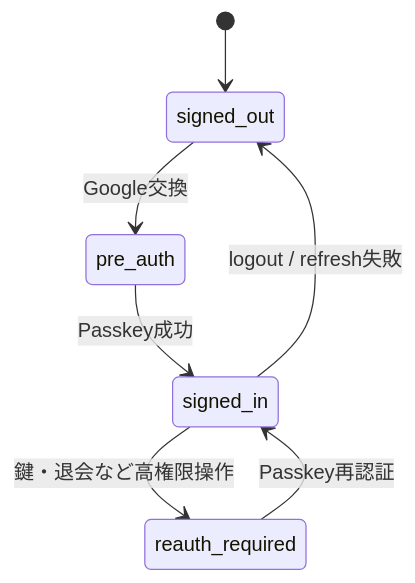
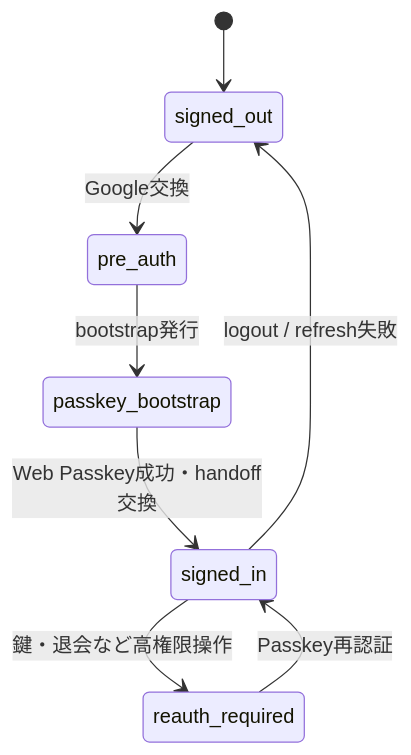
The second of 2 diagrams in docs/human/auth-and-login.md (Tornado2026-team-j/Samurai-meet), drawn with Mermaid before and after one commit. The commit also changed other lines of this file and 11 other files, not shown here.

````diff
--- a/docs/human/auth-and-login.md
+++ b/docs/human/auth-and-login.md
@@ -24,9 +29,10 @@
 ```mermaid
 stateDiagram-v2
   [*] --> signed_out
   signed_out --> pre_auth: Google交換
-  pre_auth --> signed_in: Passkey成功
+  pre_auth --> passkey_bootstrap: bootstrap発行
+  passkey_bootstrap --> signed_in: Web Passkey成功・handoff交換
   signed_in --> signed_out: logout / refresh失敗
   signed_in --> reauth_required: 鍵・退会など高権限操作
   reauth_required --> signed_in: Passkey再認証
 ```
````
